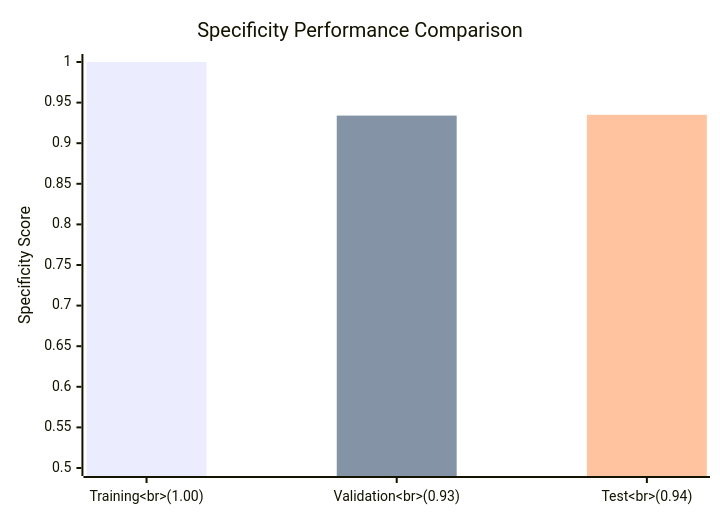
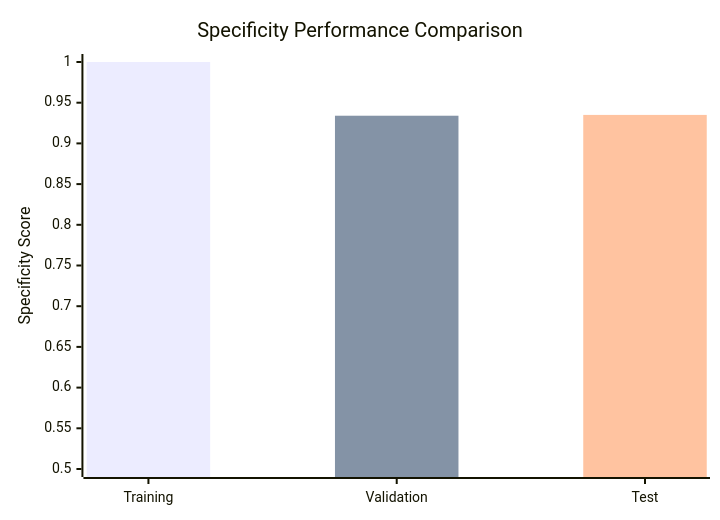
The fifth of 5 diagrams in README.md (Daniel-Lachner-Piza/EEG_Characterizer_HFO), drawn with Mermaid before and after one commit. The commit also changed other lines of this file, not shown here.

````diff
--- a/README.md
+++ b/README.md
@@ -86,9 +86,9 @@
 ```mermaid
 xychart-beta
     title "Specificity Performance Comparison"
-    x-axis ["Training<br>(1.00)", "Validation<br>(0.93)", "Test<br>(0.94)"]
+    x-axis [Training, Validation, Test]
     y-axis "Specificity Score" 0.5 --> 1.0
-    bar "Training (1.00)" [1.000, 0, 0]
-    bar "Validation (0.93)" [0, 0.934, 0]
-    bar "Test (0.94)" [0, 0, 0.935]
+    bar "Training<br>(1.00)" [1.000, 0, 0]
+    bar "Validation<br>(0.93)" [0, 0.934, 0]
+    bar "Test<br>(0.94)" [0, 0, 0.935]
 ```
````
